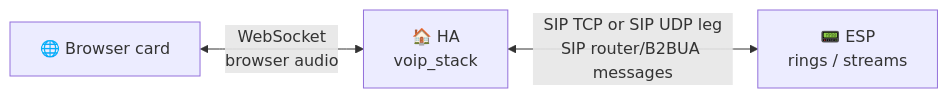
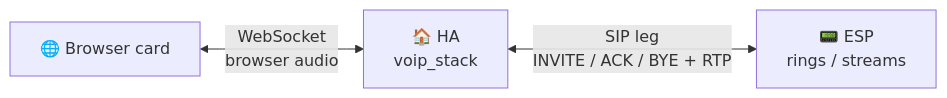
One commit to csfrussa/esphome-intercom changed the second of 6 diagrams in README.md. Above: the diagram before and after it, drawn with Mermaid. The commit also changed other lines of this file and 2 other files, not shown here.

````diff
--- a/README.md
+++ b/README.md
@@ -1150,5 +1128,5 @@
 ```mermaid
 flowchart LR
     Card["🌐 Browser card"] <-->|"WebSocket<br/>browser audio"| HA["🏠 HA<br/>voip_stack"]
-    HA <-->|"SIP TCP or SIP UDP leg<br/>SIP router/B2BUA messages"| ESP["📟 ESP<br/>rings / streams"]
+    HA <-->|"SIP leg<br/>INVITE / ACK / BYE + RTP"| ESP["📟 ESP<br/>rings / streams"]
 ```
````
